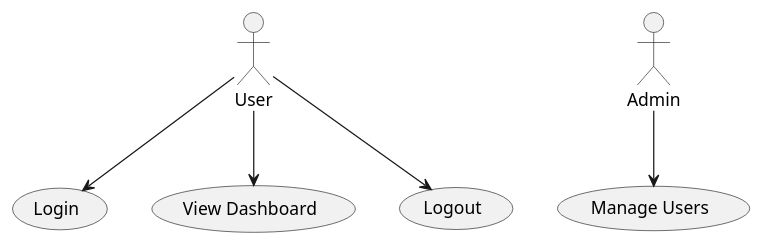
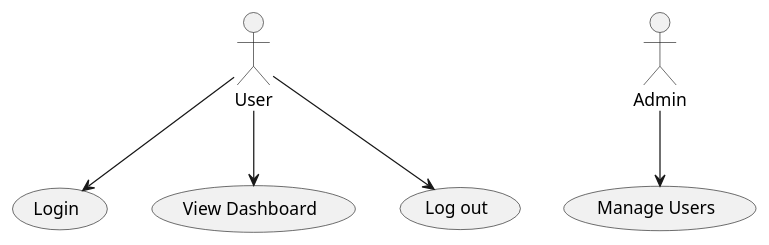
Before and after one commit to softwareDesign24/collaborateUML-ucd: the diagram in diagrams/use-case.puml, drawn with PlantUML.

```diff
--- a/diagrams/use-case.puml
+++ b/diagrams/use-case.puml
@@ -1,6 +1,6 @@
 @startuml
 :User: --> (Login)
 :User: --> (View Dashboard)
-:User: --> (Logout)
+:User: --> (Log out)
 :Admin: --> (Manage Users)
 @enduml
```
